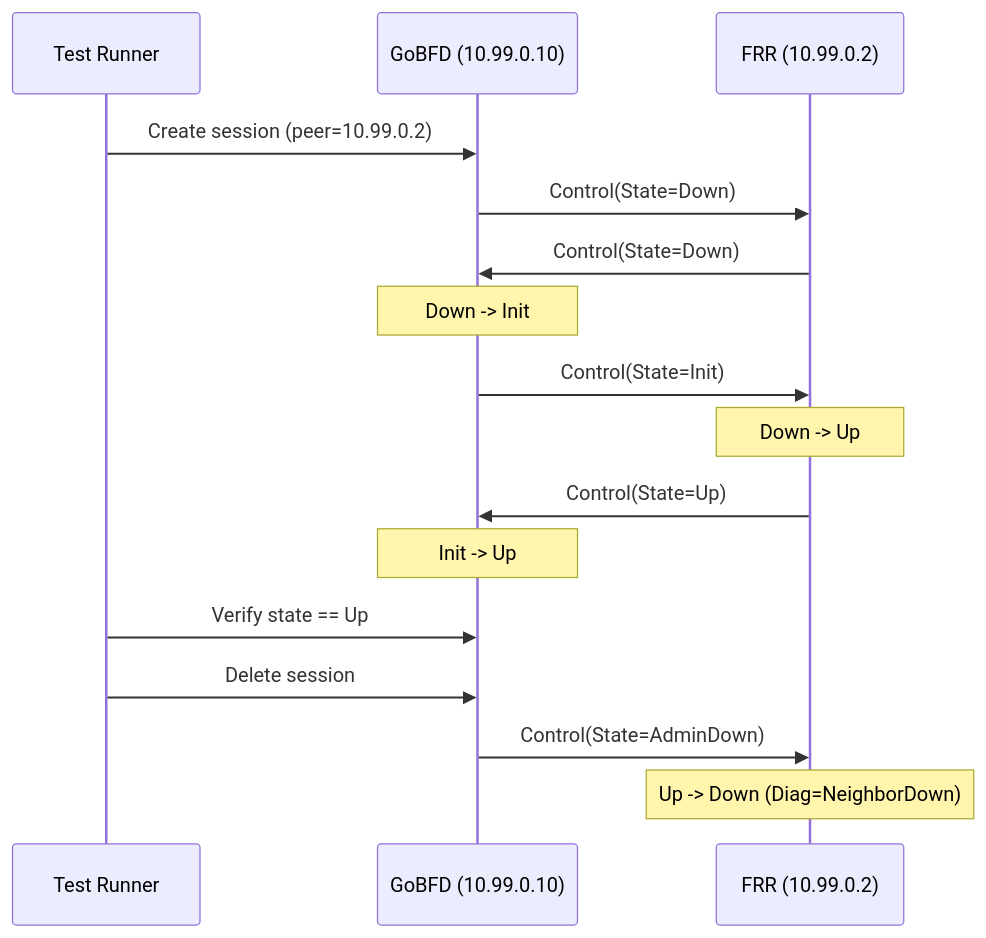
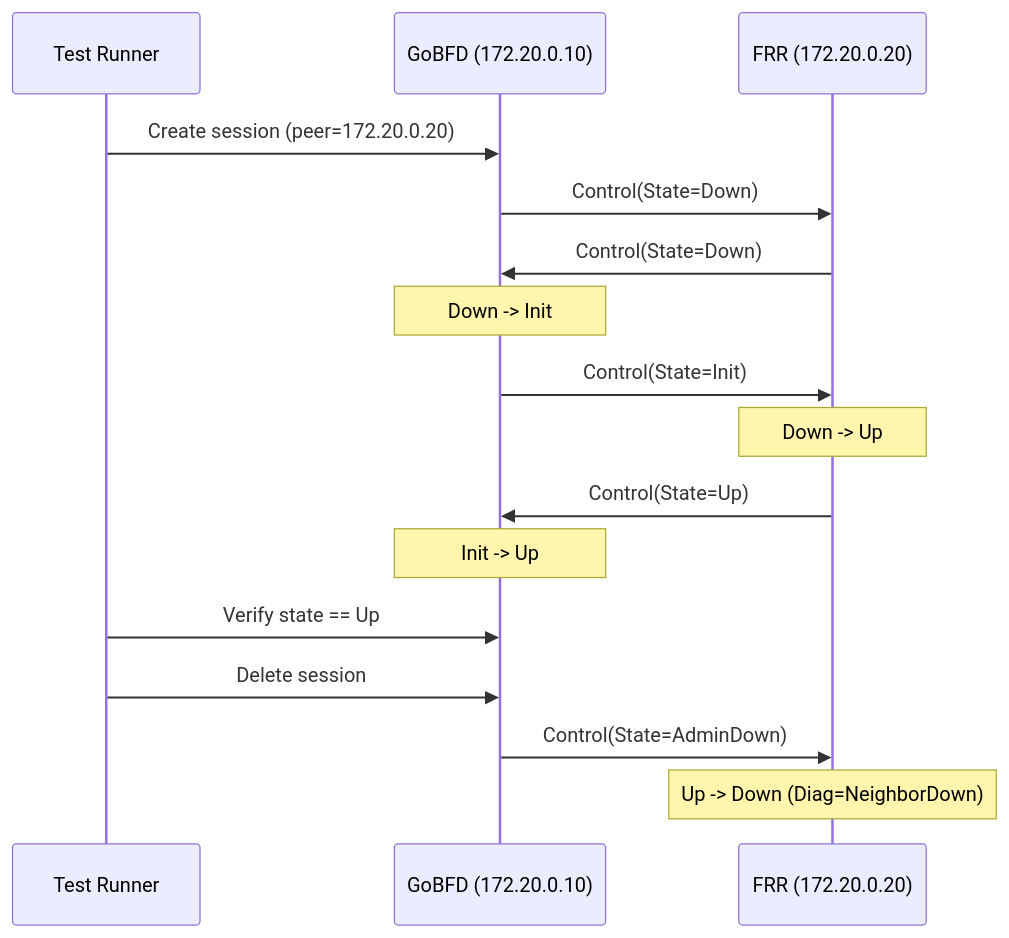
Before and after one commit to dantte-lp/gobfd: the second of 5 diagrams in docs/en/05-interop.md, drawn with Mermaid. The commit also changed other lines of this file and 20 other files, not shown here.

````diff
--- a/docs/en/05-interop.md
+++ b/docs/en/05-interop.md
@@ -111,19 +127,19 @@
 ```mermaid
 sequenceDiagram
     participant T as Test Runner
-    participant G as GoBFD (10.99.0.10)
-    participant F as FRR (10.99.0.2)
+    participant G as GoBFD (172.20.0.10)
+    participant F as FRR (172.20.0.20)
 
-    T->>G: Create session (peer=10.99.0.2)
+    T->>G: Create session (peer=172.20.0.20)
     G->>F: Control(State=Down)
     F->>G: Control(State=Down)
     Note over G: Down -> Init
     G->>F: Control(State=Init)
     Note over F: Down -> Up
     F->>G: Control(State=Up)
     Note over G: Init -> Up
     T->>G: Verify state == Up
     T->>G: Delete session
     G->>F: Control(State=AdminDown)
     Note over F: Up -> Down (Diag=NeighborDown)
 ```
````
